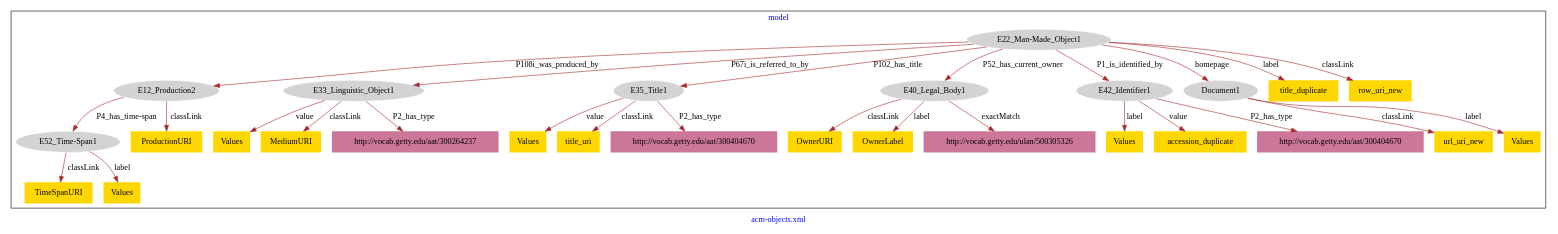
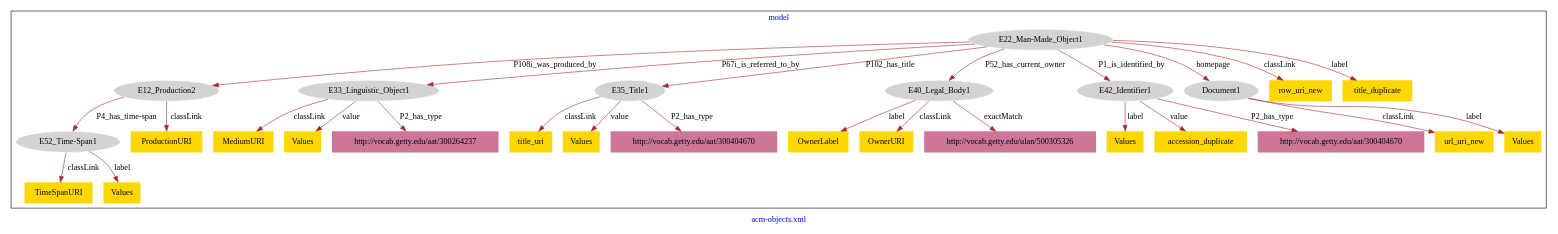
One commit to american-art/acm changed the diagram in acm-objects/acm-objects-model.dot. Above: the diagram before and after it, drawn with Graphviz.

Commit message:
Update file acm-objects-model.dot

```diff
--- a/acm-objects/acm-objects-model.dot
+++ b/acm-objects/acm-objects-model.dot
@@ -1,61 +1,61 @@
 digraph n0 {
 fontcolor="blue"
 remincross="true"
 label="acm-objects.xml"
 subgraph cluster {
 label="model"
 n2[style="filled",color="white",fillcolor="lightgray",label="E12_Production2"];
 n3[style="filled",color="white",fillcolor="lightgray",label="E52_Time-Span1"];
 n4[style="filled",color="white",fillcolor="lightgray",label="E22_Man-Made_Object1"];
 n5[style="filled",color="white",fillcolor="lightgray",label="E33_Linguistic_Object1"];
 n6[style="filled",color="white",fillcolor="lightgray",label="E35_Title1"];
 n7[style="filled",color="white",fillcolor="lightgray",label="E40_Legal_Body1"];
 n8[style="filled",color="white",fillcolor="lightgray",label="E42_Identifier1"];
 n9[style="filled",color="white",fillcolor="lightgray",label="Document1"];
-n10[shape="plaintext",style="filled",fillcolor="gold",label="Values"];
-n11[shape="plaintext",style="filled",fillcolor="gold",label="TimeSpanURI"];
-n12[shape="plaintext",style="filled",fillcolor="gold",label="ProductionURI"];
-n13[shape="plaintext",style="filled",fillcolor="gold",label="OwnerURI"];
-n14[shape="plaintext",style="filled",fillcolor="gold",label="title_duplicate"];
-n15[shape="plaintext",style="filled",fillcolor="gold",label="row_uri_new"];
-n16[shape="plaintext",style="filled",fillcolor="gold",label="accession_duplicate"];
-n17[shape="plaintext",style="filled",fillcolor="gold",label="Values"];
+n10[shape="plaintext",style="filled",fillcolor="gold",label="OwnerLabel"];
+n11[shape="plaintext",style="filled",fillcolor="gold",label="MediumURI"];
+n12[shape="plaintext",style="filled",fillcolor="gold",label="title_uri"];
+n13[shape="plaintext",style="filled",fillcolor="gold",label="ProductionURI"];
+n14[shape="plaintext",style="filled",fillcolor="gold",label="Values"];
+n15[shape="plaintext",style="filled",fillcolor="gold",label="TimeSpanURI"];
+n16[shape="plaintext",style="filled",fillcolor="gold",label="url_uri_new"];
+n17[shape="plaintext",style="filled",fillcolor="gold",label="row_uri_new"];
 n18[shape="plaintext",style="filled",fillcolor="gold",label="Values"];
 n19[shape="plaintext",style="filled",fillcolor="gold",label="Values"];
-n20[shape="plaintext",style="filled",fillcolor="gold",label="OwnerLabel"];
-n21[shape="plaintext",style="filled",fillcolor="gold",label="title_uri"];
-n22[shape="plaintext",style="filled",fillcolor="gold",label="MediumURI"];
-n23[shape="plaintext",style="filled",fillcolor="gold",label="url_uri_new"];
-n24[shape="plaintext",style="filled",fillcolor="gold",label="Values"];
+n20[shape="plaintext",style="filled",fillcolor="gold",label="title_duplicate"];
+n21[shape="plaintext",style="filled",fillcolor="gold",label="Values"];
+n22[shape="plaintext",style="filled",fillcolor="gold",label="OwnerURI"];
+n23[shape="plaintext",style="filled",fillcolor="gold",label="Values"];
+n24[shape="plaintext",style="filled",fillcolor="gold",label="accession_duplicate"];
 n25[shape="plaintext",style="filled",fillcolor="#CC7799",label="http://vocab.getty.edu/aat/300404670"];
 n26[shape="plaintext",style="filled",fillcolor="#CC7799",label="http://vocab.getty.edu/ulan/500305326"];
-n27[shape="plaintext",style="filled",fillcolor="#CC7799",label="http://vocab.getty.edu/aat/300404670"];
-n28[shape="plaintext",style="filled",fillcolor="#CC7799",label="http://vocab.getty.edu/aat/300264237"];
+n27[shape="plaintext",style="filled",fillcolor="#CC7799",label="http://vocab.getty.edu/aat/300264237"];
+n28[shape="plaintext",style="filled",fillcolor="#CC7799",label="http://vocab.getty.edu/aat/300404670"];
 }
 n2 -> n3[color="brown",fontcolor="black",label="P4_has_time-span"]
 n4 -> n2[color="brown",fontcolor="black",label="P108i_was_produced_by"]
 n4 -> n5[color="brown",fontcolor="black",label="P67i_is_referred_to_by"]
 n4 -> n6[color="brown",fontcolor="black",label="P102_has_title"]
 n4 -> n7[color="brown",fontcolor="black",label="P52_has_current_owner"]
 n4 -> n8[color="brown",fontcolor="black",label="P1_is_identified_by"]
 n4 -> n9[color="brown",fontcolor="black",label="homepage"]
-n8 -> n10[color="brown",fontcolor="black",label="label"]
-n3 -> n11[color="brown",fontcolor="black",label="classLink"]
-n2 -> n12[color="brown",fontcolor="black",label="classLink"]
-n7 -> n13[color="brown",fontcolor="black",label="classLink"]
-n4 -> n14[color="brown",fontcolor="black",label="label"]
-n4 -> n15[color="brown",fontcolor="black",label="classLink"]
-n8 -> n16[color="brown",fontcolor="black",label="value"]
-n5 -> n17[color="brown",fontcolor="black",label="value"]
-n6 -> n18[color="brown",fontcolor="black",label="value"]
-n3 -> n19[color="brown",fontcolor="black",label="label"]
-n7 -> n20[color="brown",fontcolor="black",label="label"]
-n6 -> n21[color="brown",fontcolor="black",label="classLink"]
-n5 -> n22[color="brown",fontcolor="black",label="classLink"]
-n9 -> n23[color="brown",fontcolor="black",label="classLink"]
-n9 -> n24[color="brown",fontcolor="black",label="label"]
+n7 -> n10[color="brown",fontcolor="black",label="label"]
+n5 -> n11[color="brown",fontcolor="black",label="classLink"]
+n6 -> n12[color="brown",fontcolor="black",label="classLink"]
+n2 -> n13[color="brown",fontcolor="black",label="classLink"]
+n8 -> n14[color="brown",fontcolor="black",label="label"]
+n3 -> n15[color="brown",fontcolor="black",label="classLink"]
+n9 -> n16[color="brown",fontcolor="black",label="classLink"]
+n4 -> n17[color="brown",fontcolor="black",label="classLink"]
+n5 -> n18[color="brown",fontcolor="black",label="value"]
+n9 -> n19[color="brown",fontcolor="black",label="label"]
+n4 -> n20[color="brown",fontcolor="black",label="label"]
+n6 -> n21[color="brown",fontcolor="black",label="value"]
+n7 -> n22[color="brown",fontcolor="black",label="classLink"]
+n3 -> n23[color="brown",fontcolor="black",label="label"]
+n8 -> n24[color="brown",fontcolor="black",label="value"]
 n6 -> n25[color="brown",fontcolor="black",label="P2_has_type"]
 n7 -> n26[color="brown",fontcolor="black",label="exactMatch"]
-n8 -> n27[color="brown",fontcolor="black",label="P2_has_type"]
-n5 -> n28[color="brown",fontcolor="black",label="P2_has_type"]
+n5 -> n27[color="brown",fontcolor="black",label="P2_has_type"]
+n8 -> n28[color="brown",fontcolor="black",label="P2_has_type"]
 }
```
